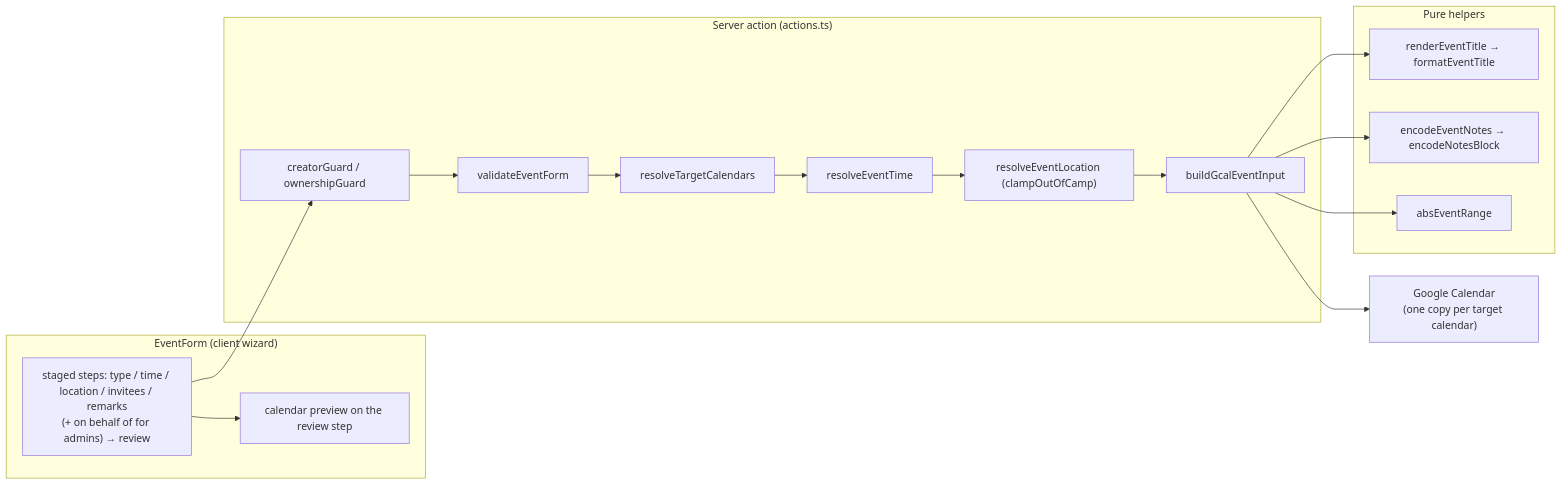
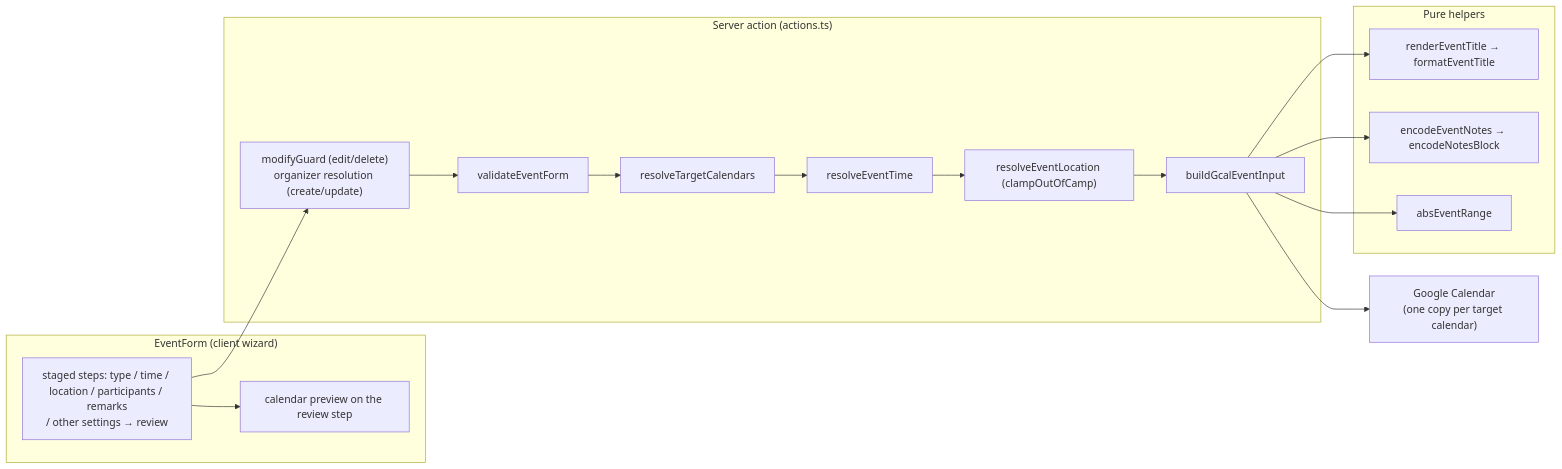
The first of 4 diagrams in docs/event-lifecycle.md (oncloudnintynineone-source/cloudy2), drawn with Mermaid before and after one commit. The commit also changed other lines of this file and 56 other files, not shown here.

````diff
--- a/docs/event-lifecycle.md
+++ b/docs/event-lifecycle.md
@@ -77,28 +77,28 @@
 ```mermaid
 flowchart LR
     subgraph FORM["EventForm (client wizard)"]
-        W["staged steps: type / time / location / invitees / remarks<br/>(+ on behalf of for admins) → review"]
+        W["staged steps: type / time / location / participants / remarks<br/>/ other settings → review"]
         P["calendar preview on the review step"]
     end
     subgraph GUARD["Server action (actions.ts)"]
-        G["creatorGuard / ownershipGuard"]
+        G["modifyGuard (edit/delete)<br/>organizer resolution (create/update)"]
         V["validateEventForm"]
         T["resolveTargetCalendars"]
         RT["resolveEventTime"]
         RL["resolveEventLocation (clampOutOfCamp)"]
         B["buildGcalEventInput"]
     end
     subgraph PURE["Pure helpers"]
         TE["renderEventTitle → formatEventTitle"]
         NB["encodeEventNotes → encodeNotesBlock"]
         AR["absEventRange"]
     end
     Gcal["Google Calendar<br/>(one copy per target calendar)"]
 
     W --> P
     W --> G --> V --> T --> RT --> RL --> B
     B --> TE
     B --> NB
     B --> AR
     B --> Gcal
 ```
````
